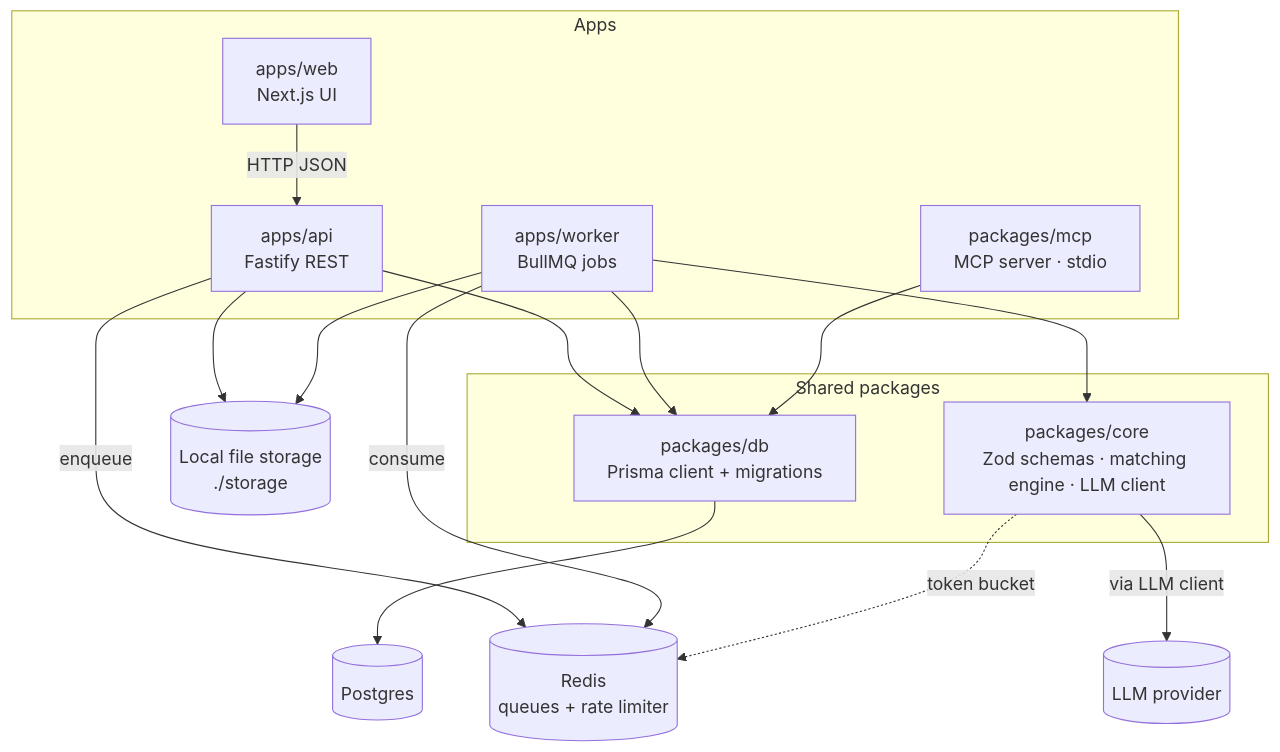
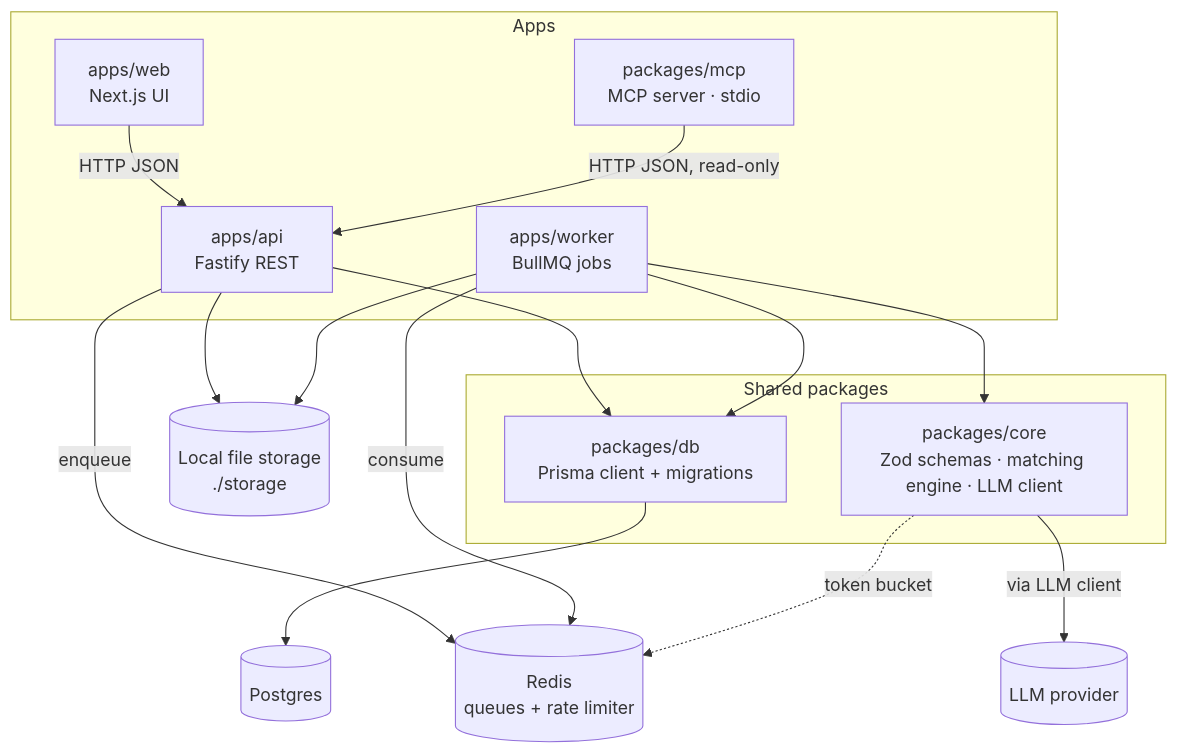
The second of 8 diagrams in docs/architecture.md (rishabhsrinivasan657-design/reconcile), drawn with Mermaid before and after one commit. The commit also changed other lines of this file and 10 other files, not shown here.

First line of the commit message:
docs(m6): design, ADR-0014 (read through the API), test plan

````diff
--- a/docs/architecture.md
+++ b/docs/architecture.md
@@ -40,29 +40,29 @@
 ```mermaid
 flowchart TB
   subgraph Apps
     web[apps/web<br/>Next.js UI]
     api[apps/api<br/>Fastify REST]
     worker[apps/worker<br/>BullMQ jobs]
     mcpsrv[packages/mcp<br/>MCP server · stdio]
   end
   subgraph Shared packages
     core[packages/core<br/>Zod schemas · matching engine · LLM client]
     db[packages/db<br/>Prisma client + migrations]
   end
   pg[(Postgres)]
   redis[(Redis<br/>queues + rate limiter)]
   fs[(Local file storage<br/>./storage)]
   llm[(LLM provider)]
 
   web -->|HTTP JSON| api
   api --> db --> pg
   api -->|enqueue| redis
   api --> fs
   worker -->|consume| redis
   worker --> core
   worker --> db
   worker --> fs
   core -->|via LLM client| llm
   core -.->|token bucket| redis
-  mcpsrv --> db
+  mcpsrv -->|HTTP JSON, read-only| api
 ```
````
